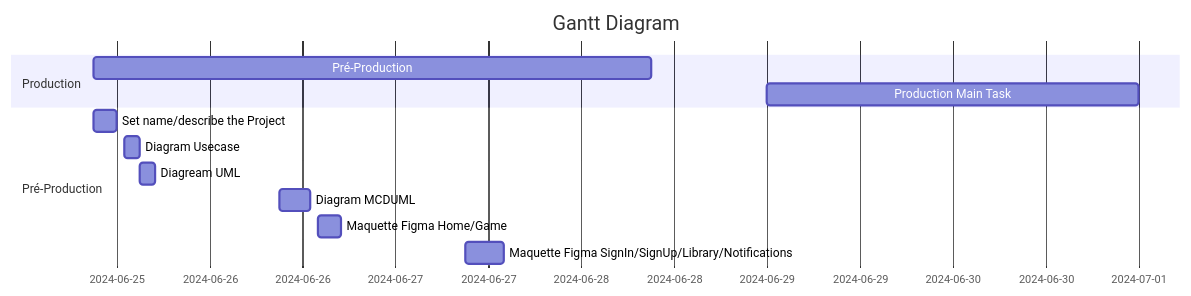
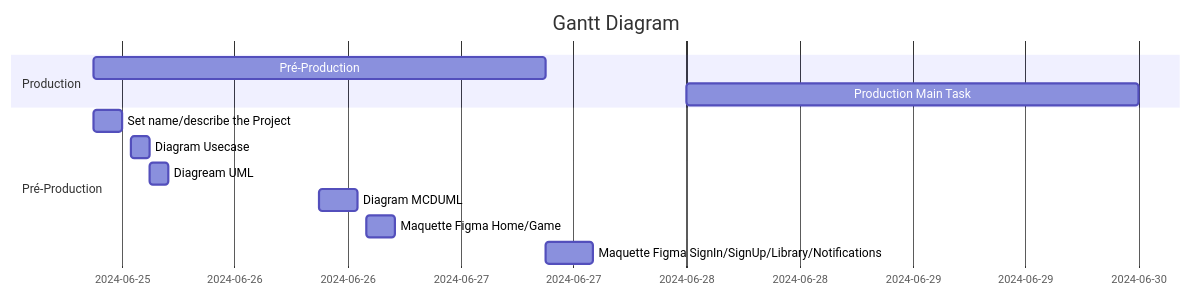
The first of 3 diagrams in README.md (JameS-Gmz/api-Rest), drawn with Mermaid before and after one commit.

````diff
--- a/README.md
+++ b/README.md
@@ -48,15 +48,15 @@
 ```mermaid
 gantt
     title Gantt Diagram
     dateFormat YYYY-MM-DD
     section Production
-        Pré-Production   :a1, 2024-06-25 9:00, 3d
-        Production Main Task : 2024-06-29, 2d
+        Pré-Production   :a1, 2024-06-25 9:00, 2d
+        Production Main Task : 2024-06-28, 2d
     section Pré-Production
         Set name/describe the Project :2024-06-25 9:00, 3h
         Diagram Usecase  : 2024-06-25 13:00, 2h
         Diagream UML : 2024-06-25 15:00, 2h
         Diagram MCDUML : 2024-06-26 9:00, 4h
         Maquette Figma Home/Game : 2024-06-26 14:00, 3h
         Maquette Figma SignIn/SignUp/Library/Notifications : 2024-06-27 9:00, 5h
 ```
````
